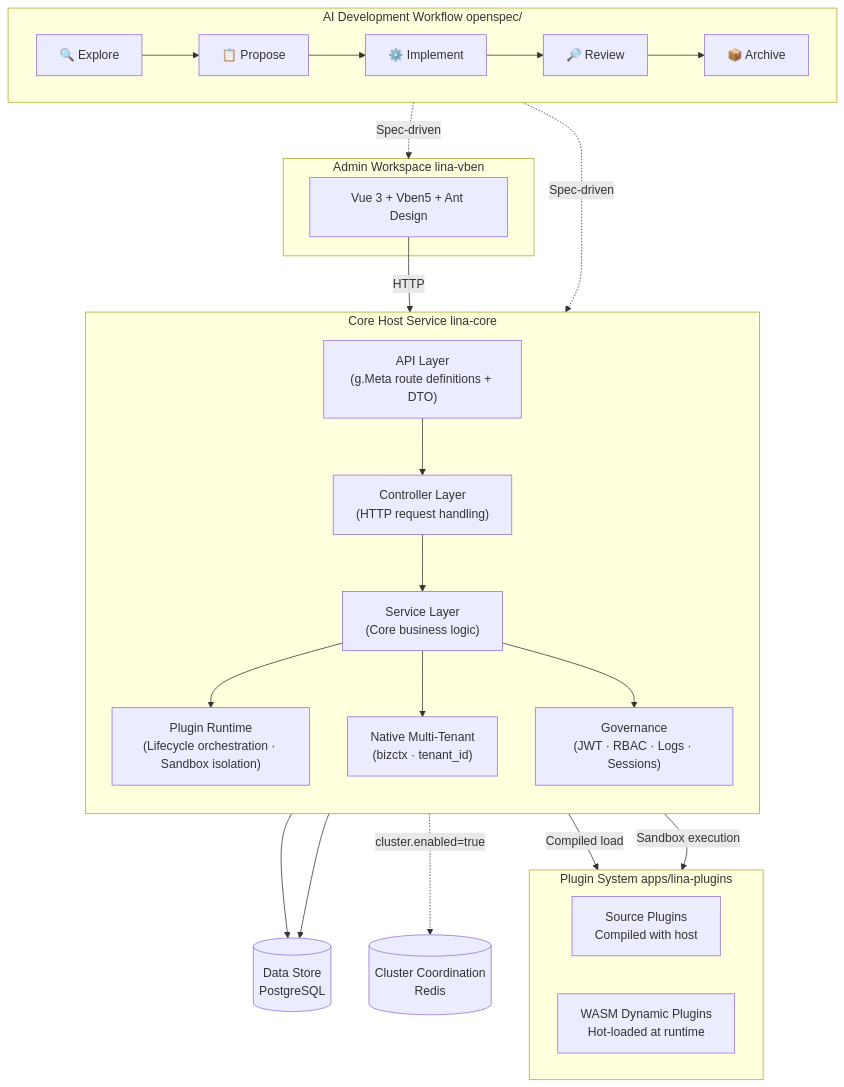
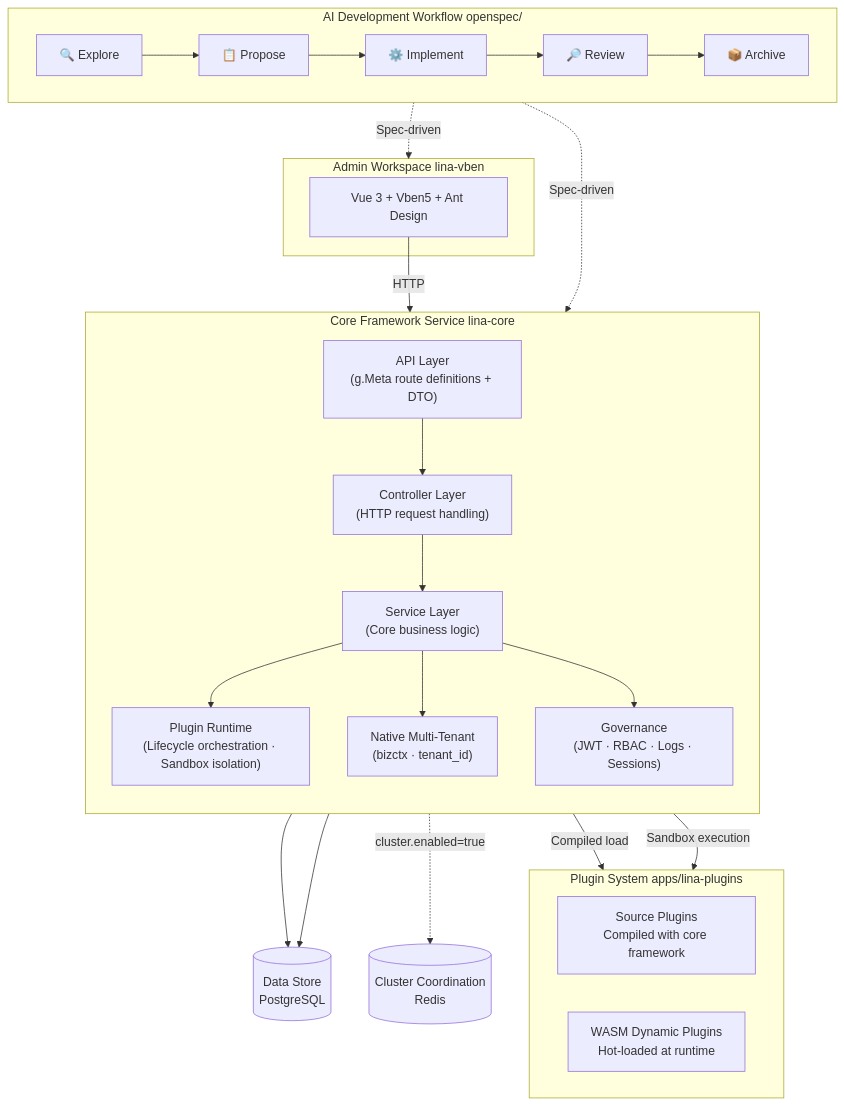
The diagram in apps/lina-site/i18n/en/docusaurus-plugin-content-docs/current/quick/1000-overview.md (linaproai/linapro-site), drawn with Mermaid before and after one commit. The commit also changed other lines of this file and 93 other files, not shown here.

````diff
--- a/apps/lina-site/i18n/en/docusaurus-plugin-content-docs/current/quick/1000-overview.md
+++ b/apps/lina-site/i18n/en/docusaurus-plugin-content-docs/current/quick/1000-overview.md
@@ -87,43 +87,43 @@
 ```mermaid
 graph TB
     subgraph Workflow["AI Development Workflow  openspec/"]
         direction LR
         Explore["🔍 Explore"] --> Propose["📋 Propose"] --> Implement["⚙️ Implement"] --> Review["🔎 Review"] --> Archive["📦 Archive"]
     end
 
     subgraph Frontend["Admin Workspace  lina-vben"]
         UI["Vue 3 + Vben5 + Ant Design"]
     end
 
-    subgraph Host["Core Host Service  lina-core"]
+    subgraph Host["Core Framework Service  lina-core"]
         direction TB
         API["API Layer\n(g.Meta route definitions + DTO)"]
         Ctrl["Controller Layer\n(HTTP request handling)"]
         Svc["Service Layer\n(Core business logic)"]
         Plugin["Plugin Runtime\n(Lifecycle orchestration · Sandbox isolation)"]
         Tenant["Native Multi-Tenant\n(bizctx · tenant_id)"]
         Gov["Governance\n(JWT · RBAC · Logs · Sessions)"]
         API --> Ctrl --> Svc
         Svc --> Plugin
         Svc --> Tenant
         Svc --> Gov
     end
 
     subgraph Plugins["Plugin System  apps/lina-plugins"]
         direction LR
-        Source["Source Plugins\nCompiled with host"]
+        Source["Source Plugins\nCompiled with core framework"]
         Dynamic["WASM Dynamic Plugins\nHot-loaded at runtime"]
     end
 
     DB[("Data Store\nPostgreSQL")]
     Redis[("Cluster Coordination\nRedis")]
 
     Workflow -.->|Spec-driven| Frontend
     Workflow -.->|Spec-driven| Host
     UI -->|HTTP| API
     Plugin -->|Compiled load| Source
     Plugin -->|Sandbox execution| Dynamic
     Svc --> DB
     Gov --> DB
     Svc -.->|cluster.enabled=true| Redis
 ```
````
